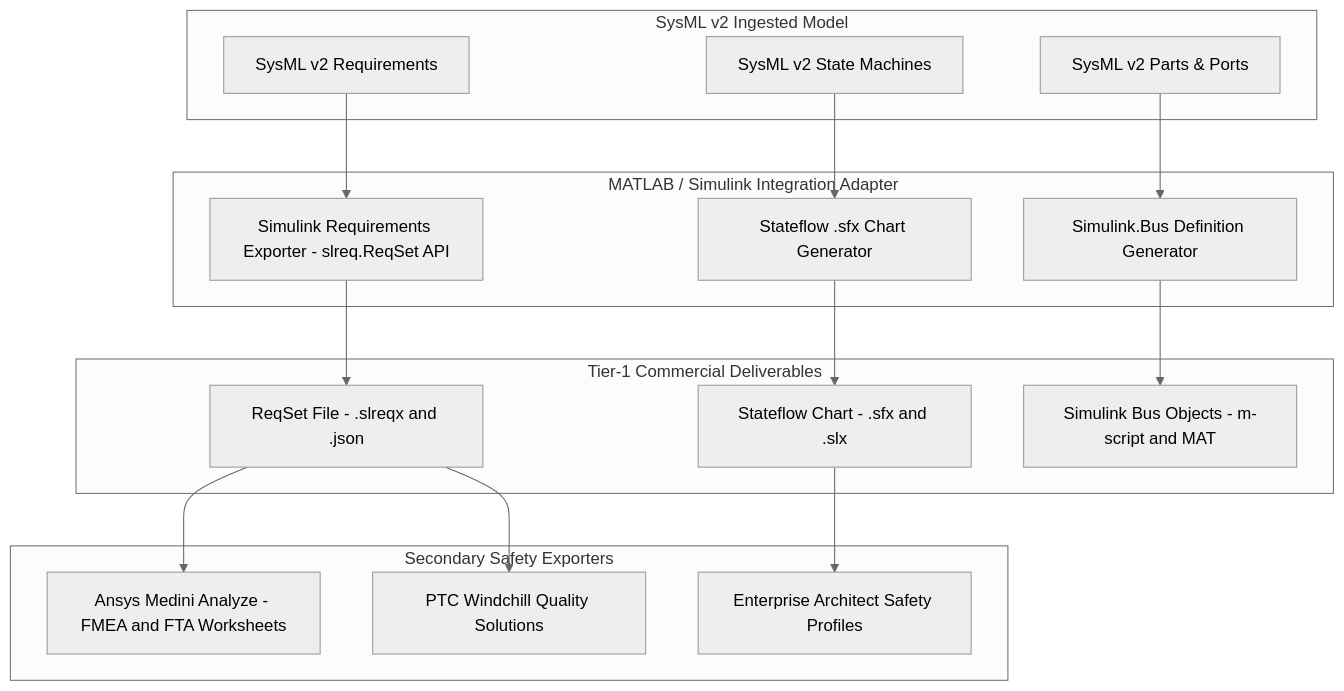
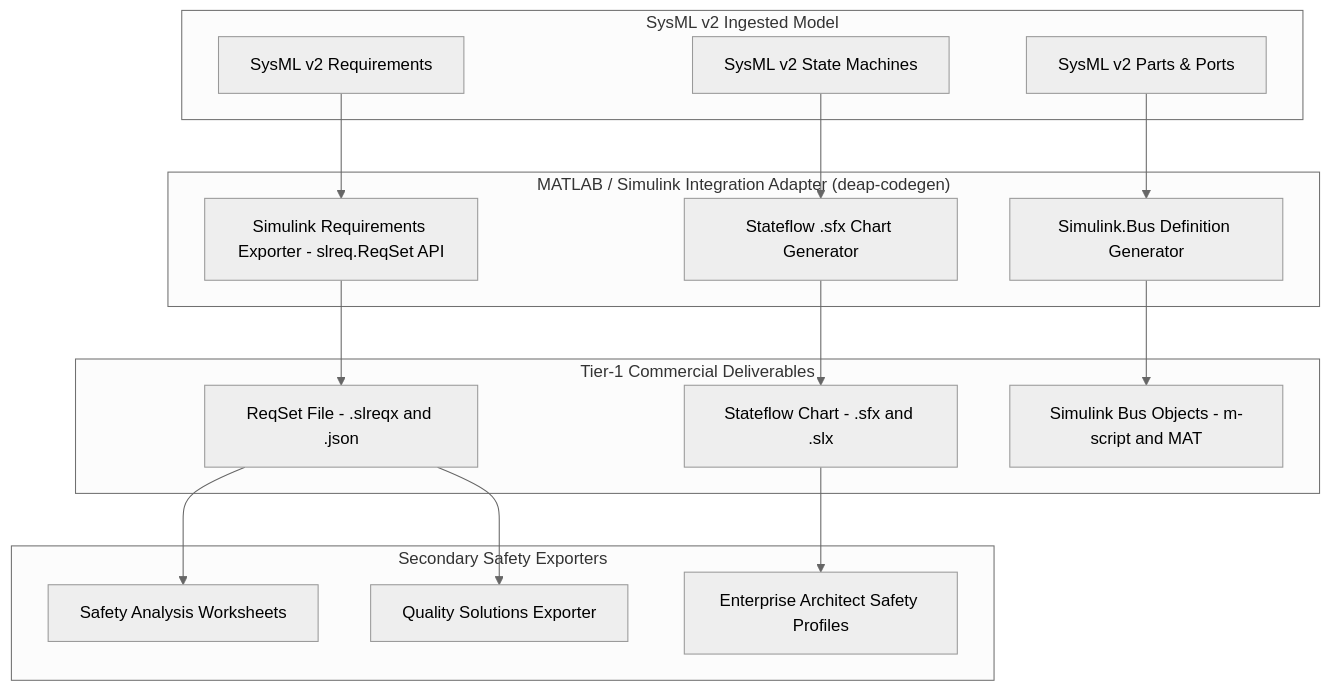
One commit to gintatkinson/DEAP01-spec-core changed the fifth of 8 diagrams in docs/architecture/blueprints/DEAP_SYSML_V2_INGESTION_ENGINE_BLUEPRINT.md. Above: the diagram before and after it, drawn with Mermaid (neutral theme). The commit also changed other lines of this file and 34 other files, not shown here.

Commit message:
docs(architecture): decontaminate reference blueprints and establish master execution plan (refs #405, refs #406)

````diff
--- a/docs/architecture/blueprints/DEAP_SYSML_V2_INGESTION_ENGINE_BLUEPRINT.md
+++ b/docs/architecture/blueprints/DEAP_SYSML_V2_INGESTION_ENGINE_BLUEPRINT.md
@@ -212,33 +362,33 @@
 ```mermaid
 flowchart TD
     subgraph "SysML v2 Ingested Model"
         SysML_Reqs["SysML v2 Requirements"]
         SysML_States["SysML v2 State Machines"]
         SysML_Ports["SysML v2 Parts & Ports"]
     end
 
-    subgraph "MATLAB / Simulink Integration Adapter"
+    subgraph "MATLAB / Simulink Integration Adapter (deap-codegen)"
         Req_Exporter["Simulink Requirements Exporter - slreq.ReqSet API"]
         SFX_Exporter["Stateflow .sfx Chart Generator"]
         Bus_Exporter["Simulink.Bus Definition Generator"]
     end
 
     subgraph "Tier-1 Commercial Deliverables"
         SlReq_File["ReqSet File - .slreqx and .json"]
         Stateflow_Chart["Stateflow Chart - .sfx and .slx"]
         Simulink_Bus["Simulink Bus Objects - m-script and MAT"]
     end
 
     subgraph "Secondary Safety Exporters"
-        Medini["Ansys Medini Analyze - FMEA and FTA Worksheets"]
-        Windchill["PTC Windchill Quality Solutions"]
+        Medini["Safety Analysis Worksheets"]
+        Windchill["Quality Solutions Exporter"]
         EA["Enterprise Architect Safety Profiles"]
     end
 
     SysML_Reqs --> Req_Exporter --> SlReq_File
     SysML_States --> SFX_Exporter --> Stateflow_Chart
     SysML_Ports --> Bus_Exporter --> Simulink_Bus
     SlReq_File --> Medini
     SlReq_File --> Windchill
     Stateflow_Chart --> EA
 ```
````
